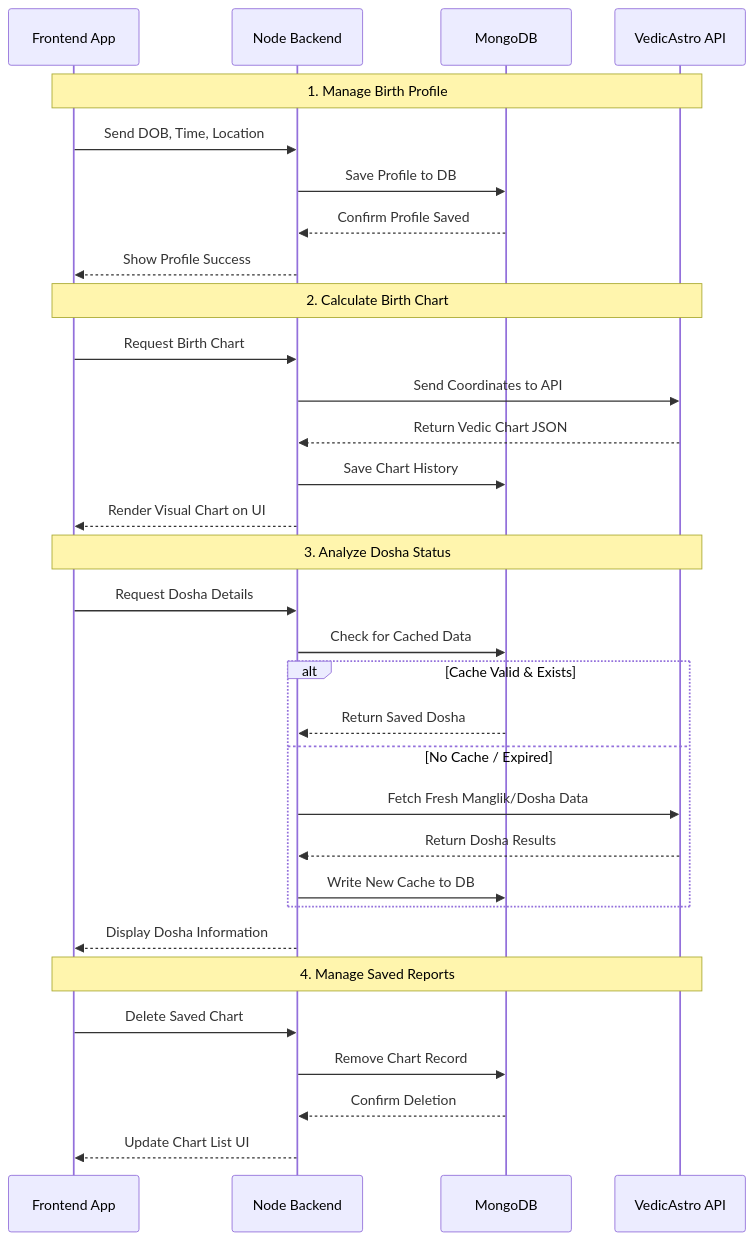
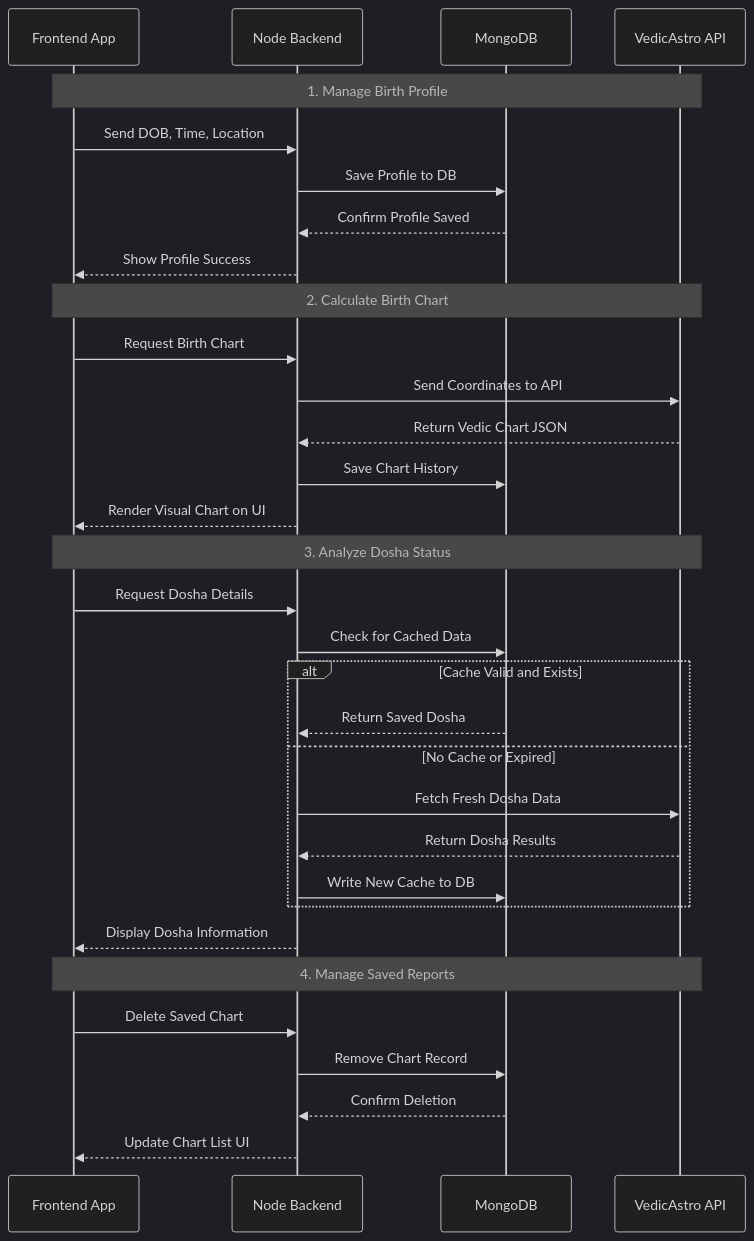
Before and after one commit to Vetri-78640/SDSE-Project: the diagram in Diagrams/sequence-diagram.md, drawn with Mermaid. The commit also changed other lines of this file and 2 other files, not shown here.

Commit message:
Updated all diagrams with dark theme and proper formatting

````diff
--- a/Diagrams/sequence-diagram.md
+++ b/Diagrams/sequence-diagram.md
@@ -5,39 +5,40 @@
 ```mermaid
+%%{init: {'theme': 'dark', 'themeVariables': { 'darkMode': true }}}%%
 sequenceDiagram
     participant User as Frontend App
     participant API as Node Backend
     participant DB as MongoDB
     participant VA as VedicAstro API
 
     Note over User,VA: 1. Manage Birth Profile
     User->>API: Send DOB, Time, Location
     API->>DB: Save Profile to DB
     DB-->>API: Confirm Profile Saved
     API-->>User: Show Profile Success
 
     Note over User,VA: 2. Calculate Birth Chart
     User->>API: Request Birth Chart
     API->>VA: Send Coordinates to API
     VA-->>API: Return Vedic Chart JSON
     API->>DB: Save Chart History
     API-->>User: Render Visual Chart on UI
 
     Note over User,VA: 3. Analyze Dosha Status
     User->>API: Request Dosha Details
     API->>DB: Check for Cached Data
     
-    alt Cache Valid & Exists
+    alt Cache Valid and Exists
         DB-->>API: Return Saved Dosha
-    else No Cache / Expired
-        API->>VA: Fetch Fresh Manglik/Dosha Data
+    else No Cache or Expired
+        API->>VA: Fetch Fresh Dosha Data
         VA-->>API: Return Dosha Results
         API->>DB: Write New Cache to DB
     end
     API-->>User: Display Dosha Information
 
     Note over User,VA: 4. Manage Saved Reports
     User->>API: Delete Saved Chart
     API->>DB: Remove Chart Record
     DB-->>API: Confirm Deletion
     API-->>User: Update Chart List UI
 ```
````
